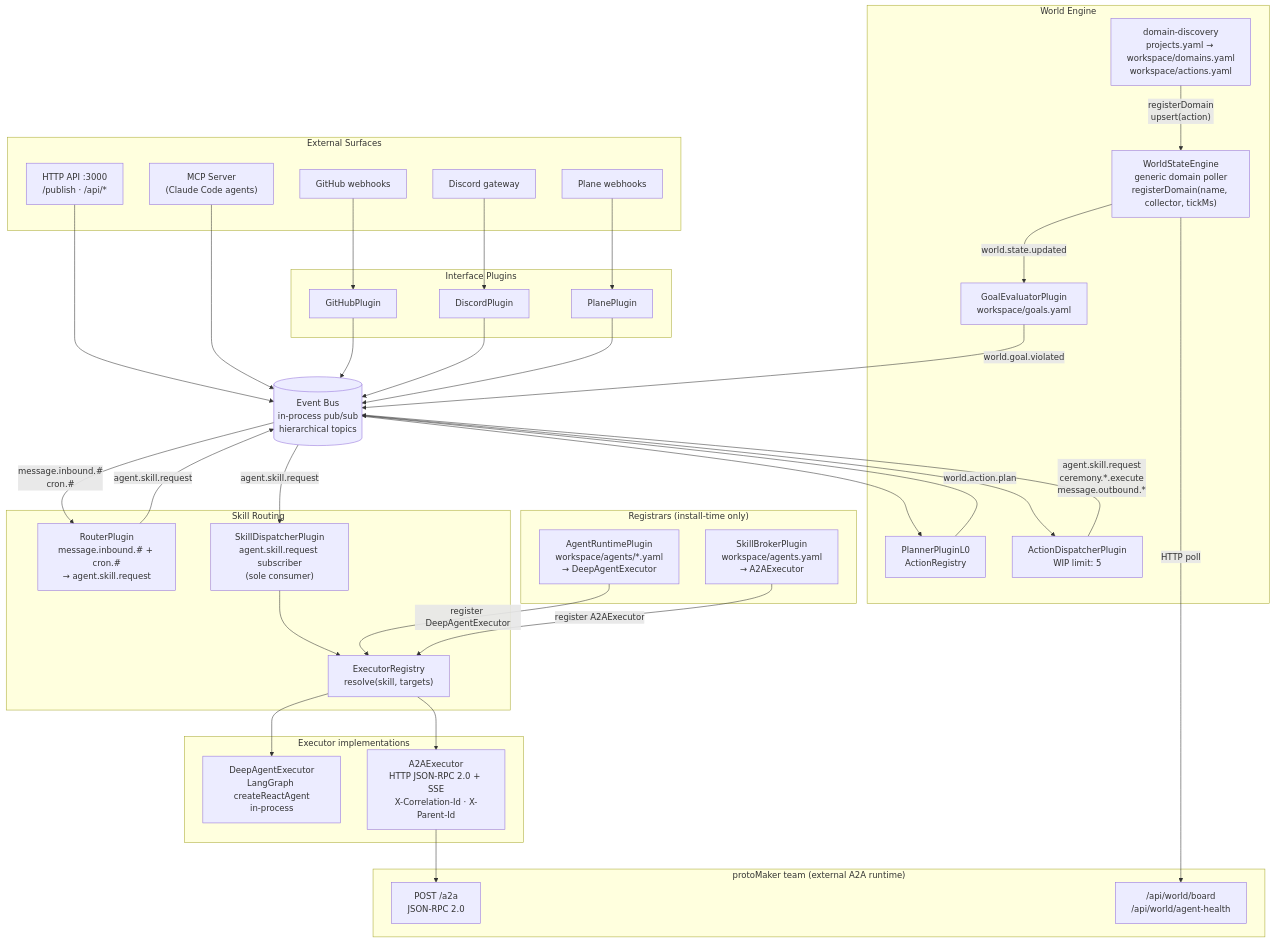
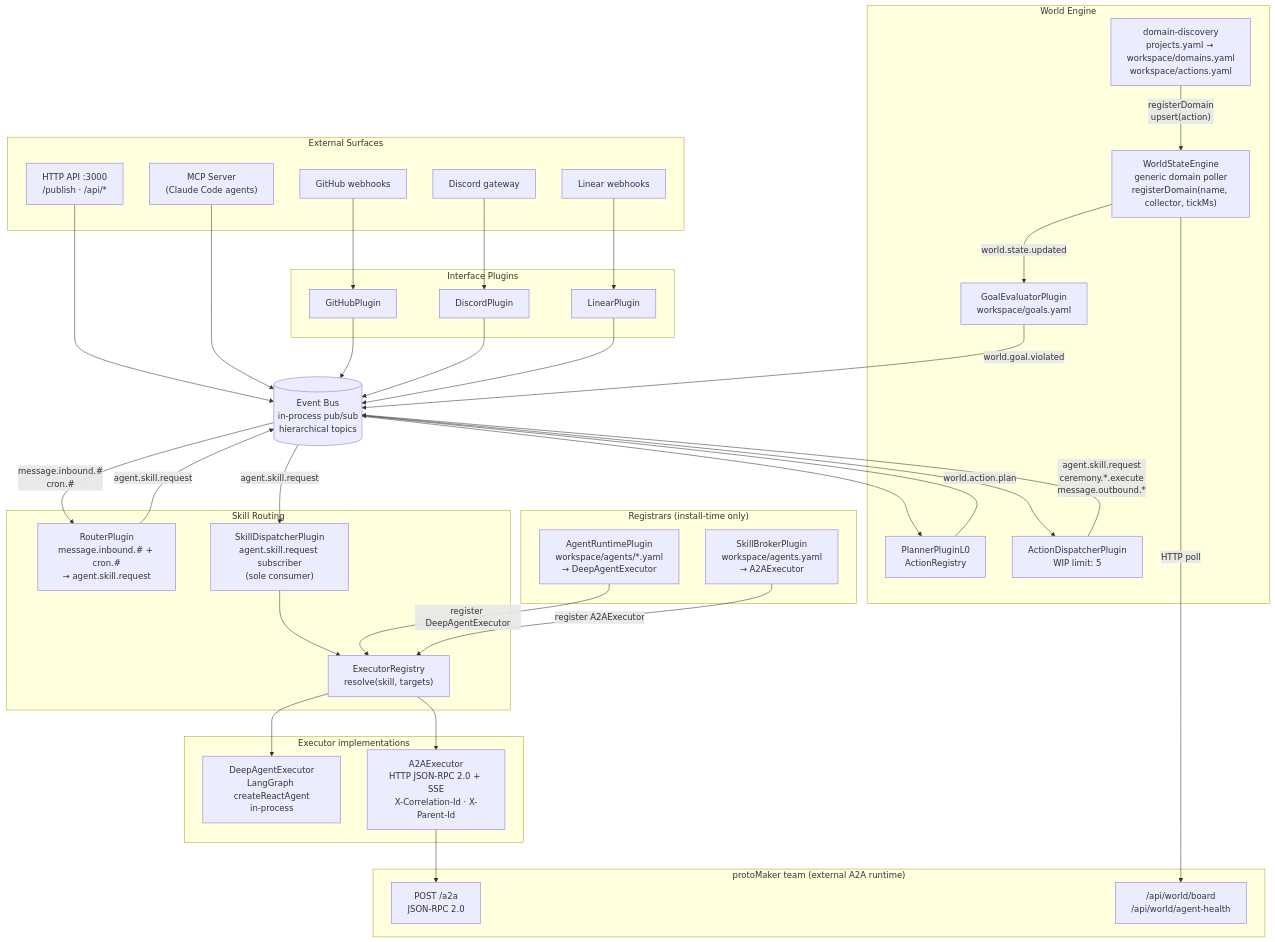
Before and after one commit to protoLabsAI/protoWorkstacean: the first of 2 diagrams in docs/explanation/architecture.md, drawn with Mermaid. The commit also changed 67 other files, not shown here.

````diff
--- a/docs/explanation/architecture.md
+++ b/docs/explanation/architecture.md
@@ -11,75 +11,75 @@
 ```mermaid
 flowchart TD
     subgraph Surfaces["External Surfaces"]
         GH[GitHub webhooks]
         DC[Discord gateway]
-        PL[Plane webhooks]
+        LN[Linear webhooks]
         HTTP["HTTP API :3000\n/publish · /api/*"]
         MCP["MCP Server\n(Claude Code agents)"]
     end
 
     BUS[("Event Bus\nin-process pub/sub\nhierarchical topics")]
 
     subgraph Adapters["Interface Plugins"]
         GHP[GitHubPlugin]
         DCP[DiscordPlugin]
-        PLP[PlanePlugin]
+        LNP[LinearPlugin]
     end
 
     subgraph Routing["Skill Routing"]
         RTP["RouterPlugin\nmessage.inbound.# + cron.#\n→ agent.skill.request"]
         SDP["SkillDispatcherPlugin\nagent.skill.request subscriber\n(sole consumer)"]
         REG["ExecutorRegistry\nresolve(skill, targets)"]
     end
 
     subgraph Registrars["Registrars (install-time only)"]
         ART["AgentRuntimePlugin\nworkspace/agents/*.yaml\n→ DeepAgentExecutor"]
         SKB["SkillBrokerPlugin\nworkspace/agents.yaml\n→ A2AExecutor"]
     end
 
     subgraph Executors["Executor implementations"]
         PSE["DeepAgentExecutor\nLangGraph createReactAgent\nin-process"]
         A2AE["A2AExecutor\nHTTP JSON-RPC 2.0 + SSE\nX-Correlation-Id · X-Parent-Id"]
     end
 
     subgraph WorldEngine["World Engine"]
         WSE["WorldStateEngine\ngeneric domain poller\nregisterDomain(name, collector, tickMs)"]
         DD["domain-discovery\nprojects.yaml → workspace/domains.yaml\nworkspace/actions.yaml"]
         GEP["GoalEvaluatorPlugin\nworkspace/goals.yaml"]
         PL0["PlannerPluginL0\nActionRegistry"]
         ADP["ActionDispatcherPlugin\nWIP limit: 5"]
     end
 
     subgraph ProtoMakerTeam["protoMaker team (external A2A runtime)"]
         PM_A2A["POST /a2a\nJSON-RPC 2.0"]
         PM_WORLD["/api/world/board\n/api/world/agent-health"]
     end
 
     GH --> GHP
     DC --> DCP
-    PL --> PLP
+    LN --> LNP
     HTTP --> BUS
     MCP --> BUS
 
-    GHP & DCP & PLP --> BUS
+    GHP & DCP & LNP --> BUS
 
     BUS -- "message.inbound.#\ncron.#" --> RTP
     RTP -- "agent.skill.request" --> BUS
     BUS -- "agent.skill.request" --> SDP
     SDP --> REG
     REG --> PSE & A2AE
 
     ART -- "register DeepAgentExecutor" --> REG
     SKB -- "register A2AExecutor" --> REG
 
     A2AE --> PM_A2A
 
     DD -- "registerDomain\nupsert(action)" --> WSE
     WSE -- "HTTP poll" --> PM_WORLD
     WSE -- "world.state.updated" --> GEP
     GEP -- "world.goal.violated" --> BUS
     BUS --> PL0
     PL0 -- "world.action.plan" --> BUS
     BUS --> ADP
     ADP -- "agent.skill.request\nceremony.*.execute\nmessage.outbound.*" --> BUS
 ```
````
